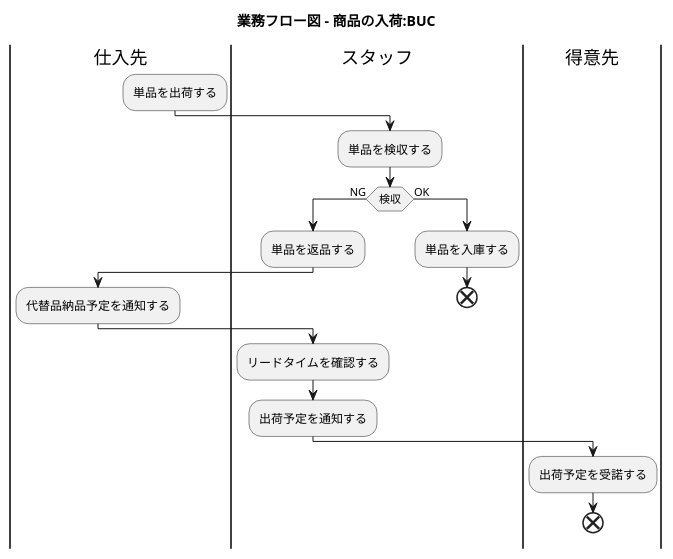
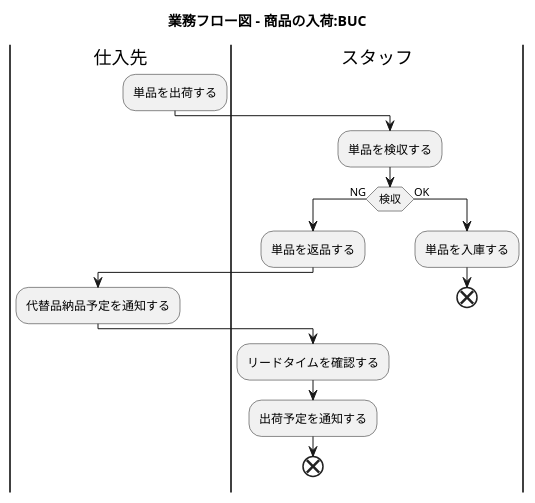
One commit to k2works/application_programing_excercise_2022 changed diagram 13 of 32 in docs/index.adoc. Above: the diagram before and after it, drawn with PlantUML.

Commit message:
docs: 業務フロー

```diff
--- a/docs/index.adoc
+++ b/docs/index.adoc
@@ -461,27 +461,25 @@
 [plantuml]
 ----
 @startuml
 
 title 業務フロー図 - 商品の入荷:BUC
 |仕入先|
 :単品を出荷する;
 |スタッフ|
 :単品を検収する;
 if (検収) then (NG)
  :単品を返品する;
  |仕入先|
  :代替品納品予定を通知する;
  |スタッフ|
  :リードタイムを確認する;
  :出荷予定を通知する;
- |得意先|
- :出荷予定を受諾する;
  end
 else (OK)
  |スタッフ|
  :単品を入庫する;
  end
 endif
 
 @enduml
 ----
```
